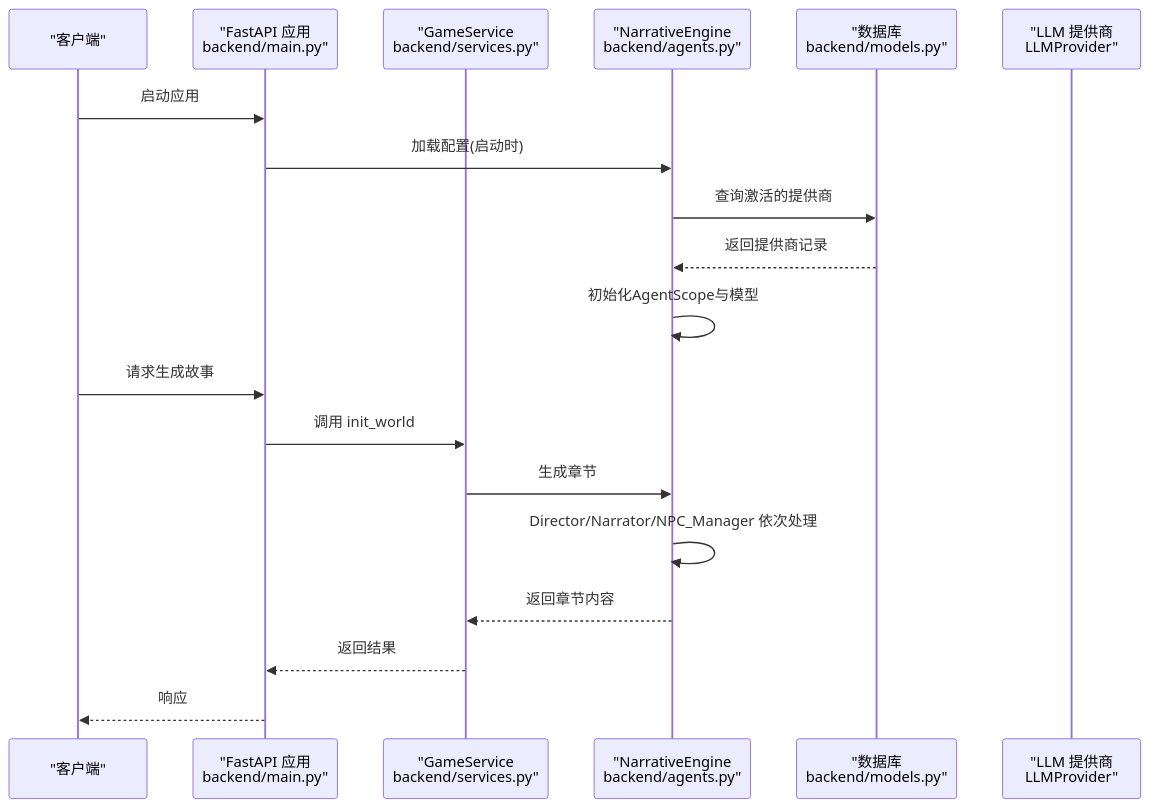
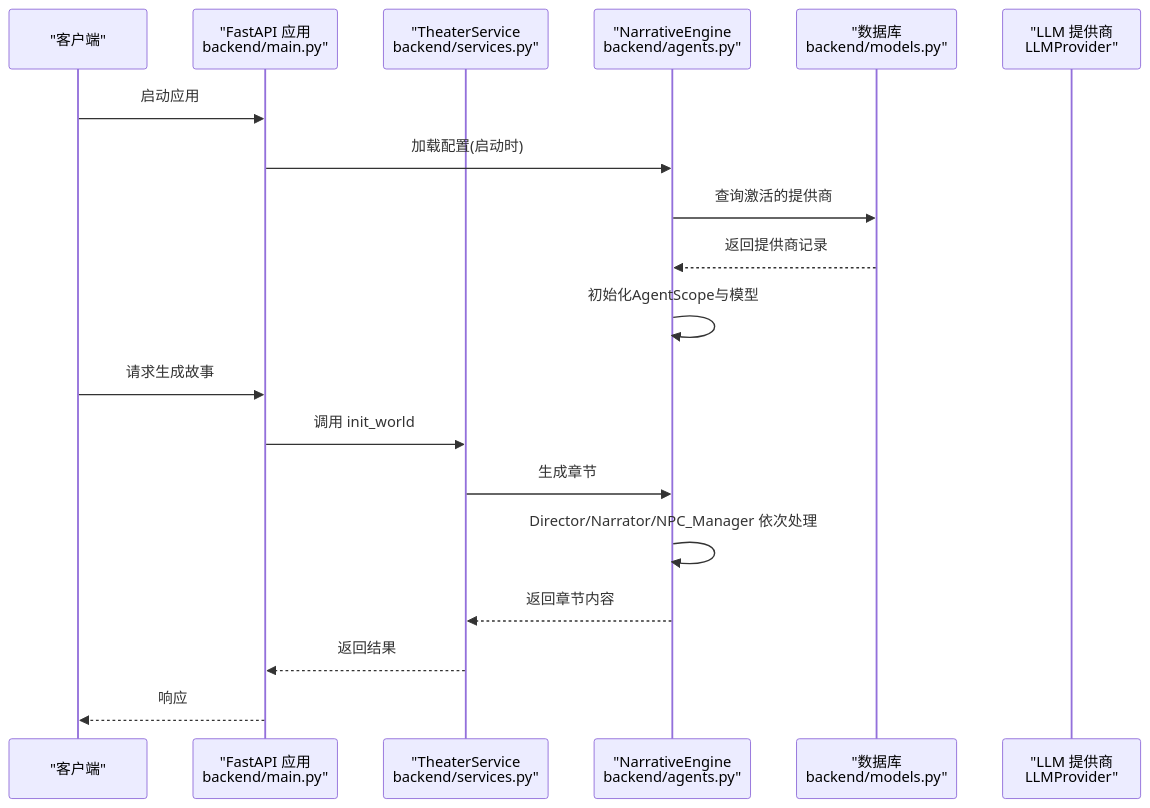
One commit to KunLabAI/KunFlix changed the second of 5 diagrams in .qoder/repowiki/zh/content/故障排除/智能体系统问题/AgentScope集成问题.md. Above: the diagram before and after it, drawn with Mermaid. The commit also changed 112 other files, not shown here.

````diff
--- a/.qoder/repowiki/zh/content/故障排除/智能体系统问题/AgentScope集成问题.md
+++ b/.qoder/repowiki/zh/content/故障排除/智能体系统问题/AgentScope集成问题.md
@@ -95,21 +95,21 @@
 ```mermaid
 sequenceDiagram
 participant U as "客户端"
 participant API as "FastAPI 应用<br/>backend/main.py"
-participant Svc as "GameService<br/>backend/services.py"
+participant Svc as "TheaterService<br/>backend/services.py"
 participant Eng as "NarrativeEngine<br/>backend/agents.py"
 participant DB as "数据库<br/>backend/models.py"
 participant Prov as "LLM 提供商<br/>LLMProvider"
 U->>API : 启动应用
 API->>Eng : 加载配置(启动时)
 Eng->>DB : 查询激活的提供商
 DB-->>Eng : 返回提供商记录
 Eng->>Eng : 初始化AgentScope与模型
 U->>API : 请求生成故事
 API->>Svc : 调用 init_world
 Svc->>Eng : 生成章节
 Eng->>Eng : Director/Narrator/NPC_Manager 依次处理
 Eng-->>Svc : 返回章节内容
 Svc-->>API : 返回结果
 API-->>U : 响应
 ```
````
